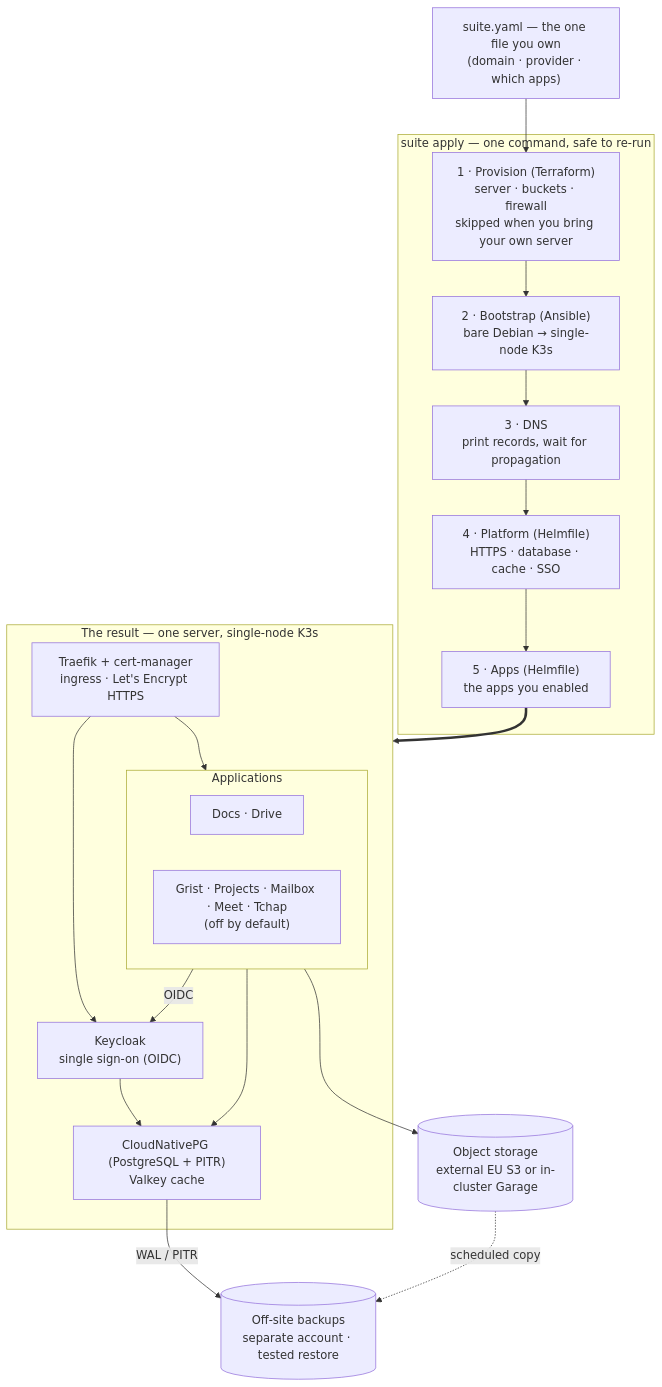
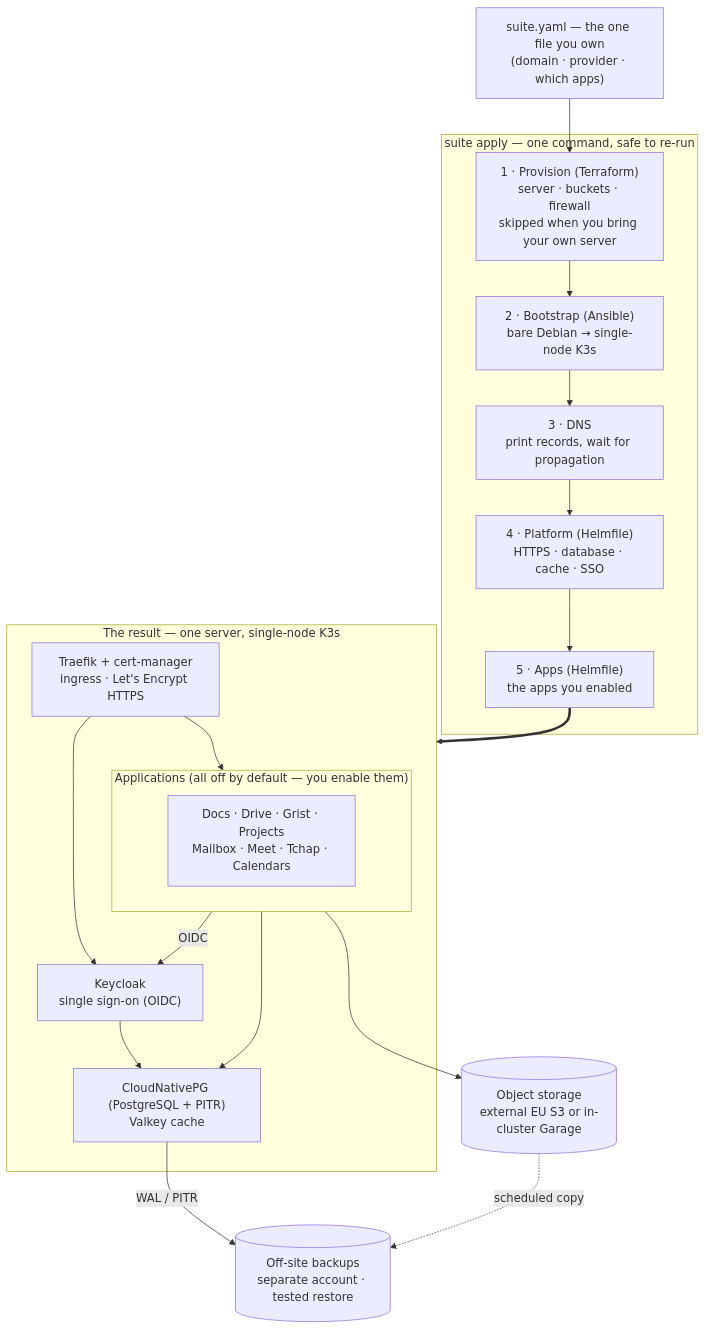
The diagram in docs/understand/overview.md (corentingiraud/ownsuite), drawn with Mermaid before and after one commit. The commit also changed 16 other files, not shown here.

````diff
--- a/docs/understand/overview.md
+++ b/docs/understand/overview.md
@@ -13,37 +13,36 @@
 ```mermaid
 flowchart TB
     CFG["suite.yaml — the one file you own<br/>(domain · provider · which apps)"]
 
     subgraph APPLY["suite apply — one command, safe to re-run"]
         P1["1 · Provision (Terraform)<br/>server · buckets · firewall<br/>skipped when you bring your own server"]
         P2["2 · Bootstrap (Ansible)<br/>bare Debian → single-node K3s"]
         P3["3 · DNS<br/>print records, wait for propagation"]
         P4["4 · Platform (Helmfile)<br/>HTTPS · database · cache · SSO"]
         P5["5 · Apps (Helmfile)<br/>the apps you enabled"]
         P1 --> P2 --> P3 --> P4 --> P5
     end
 
     subgraph SERVER["The result — one server, single-node K3s"]
         T["Traefik + cert-manager<br/>ingress · Let's Encrypt HTTPS"]
         KC["Keycloak<br/>single sign-on (OIDC)"]
-        subgraph APPS2["Applications"]
-            AD["Docs · Drive"]
-            OPT["Grist · Projects · Mailbox · Meet · Tchap<br/>(off by default)"]
+        subgraph APPS2["Applications (all off by default — you enable them)"]
+            OPT["Docs · Drive · Grist · Projects<br/>Mailbox · Meet · Tchap · Calendars"]
         end
         INFRA["CloudNativePG (PostgreSQL + PITR)<br/>Valkey cache"]
         T --> APPS2
         T --> KC
         APPS2 -- OIDC --> KC
         APPS2 --> INFRA
         KC --> INFRA
     end
 
     S3[("Object storage<br/>external EU S3 or in-cluster Garage")]
     OFF[("Off-site backups<br/>separate account · tested restore")]
 
     CFG --> P1
     P5 ==> SERVER
     APPS2 --> S3
     INFRA -- WAL / PITR --> OFF
     S3 -. scheduled copy .-> OFF
 ```
````
